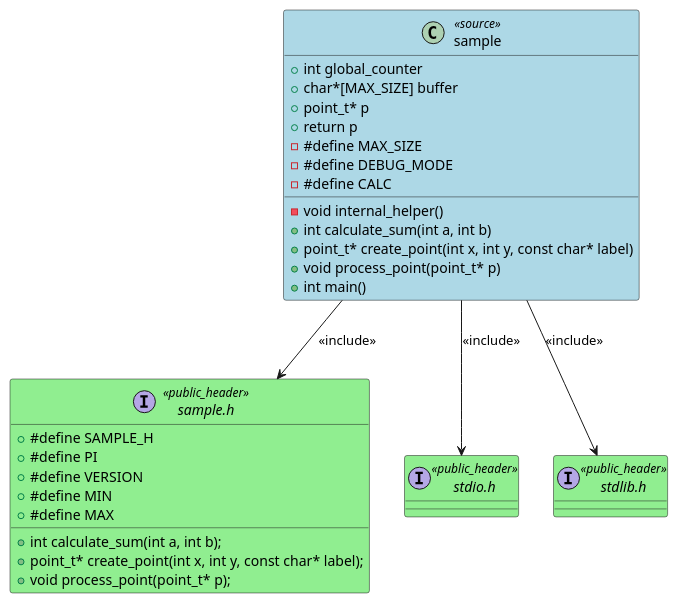
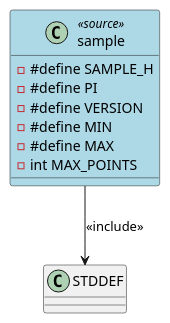
One commit to fischerjooo/c2puml changed the diagram in test_plantuml_output/sample.puml. Above: the diagram before and after it, drawn with PlantUML. The commit also changed 77 other files, not shown here.

```diff
--- a/test_plantuml_output/sample.puml
+++ b/test_plantuml_output/sample.puml
@@ -1,45 +1,15 @@
-@startuml CLS: sample
+@startuml sample
 
-class "sample" as SAMPLE_C <<source>> #LightBlue
+class "sample" as SAMPLE <<source>> #LightBlue
 {
-    + int global_counter
-    + char*[MAX_SIZE] buffer
-    + point_t* p
-    + return p
-    - #define MAX_SIZE
-    - #define DEBUG_MODE
-    - #define CALC
-    -void internal_helper()
-    +int calculate_sum(int a, int b)
-    +point_t* create_point(int x, int y, const char* label)
-    +void process_point(point_t* p)
-    +int main()
+    - #define SAMPLE_H
+    - #define PI
+    - #define VERSION
+    - #define MIN
+    - #define MAX
+    - int MAX_POINTS
 }
 
-interface "sample.h" as SAMPLE_H <<public_header>> #LightGreen
-{
-    + #define SAMPLE_H
-    + #define PI
-    + #define VERSION
-    + #define MIN
-    + #define MAX
-    + int calculate_sum(int a, int b);
-    + point_t* create_point(int x, int y, const char* label);
-    + void process_point(point_t* p);
-}
-
-SAMPLE_C --> SAMPLE_H : <<include>>
-
-interface "stdio.h" as STDIO_H <<public_header>> #LightGreen
-{
-}
-
-SAMPLE_C --> STDIO_H : <<include>>
-
-interface "stdlib.h" as STDLIB_H <<public_header>> #LightGreen
-{
-}
-
-SAMPLE_C --> STDLIB_H : <<include>>
+SAMPLE --> STDDEF : <<include>>
 
 @enduml
```
